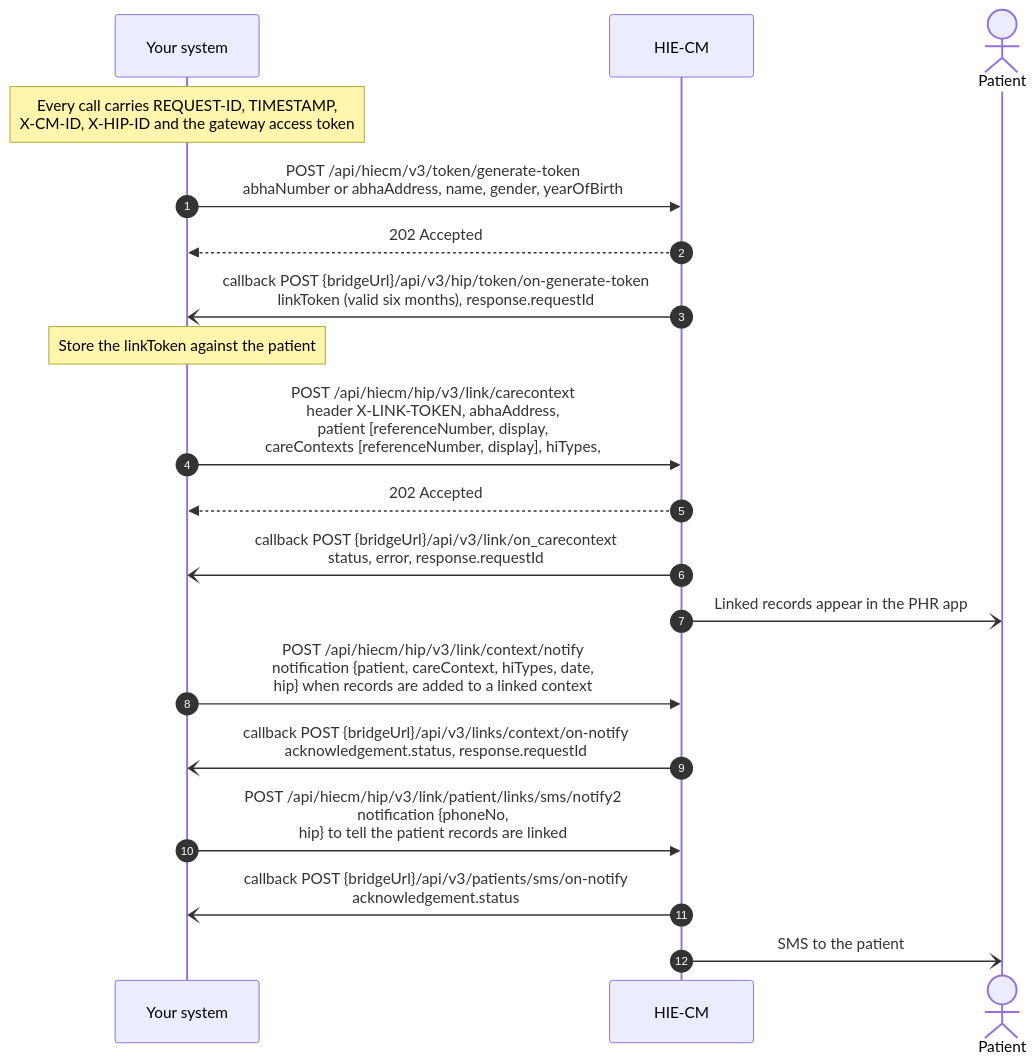
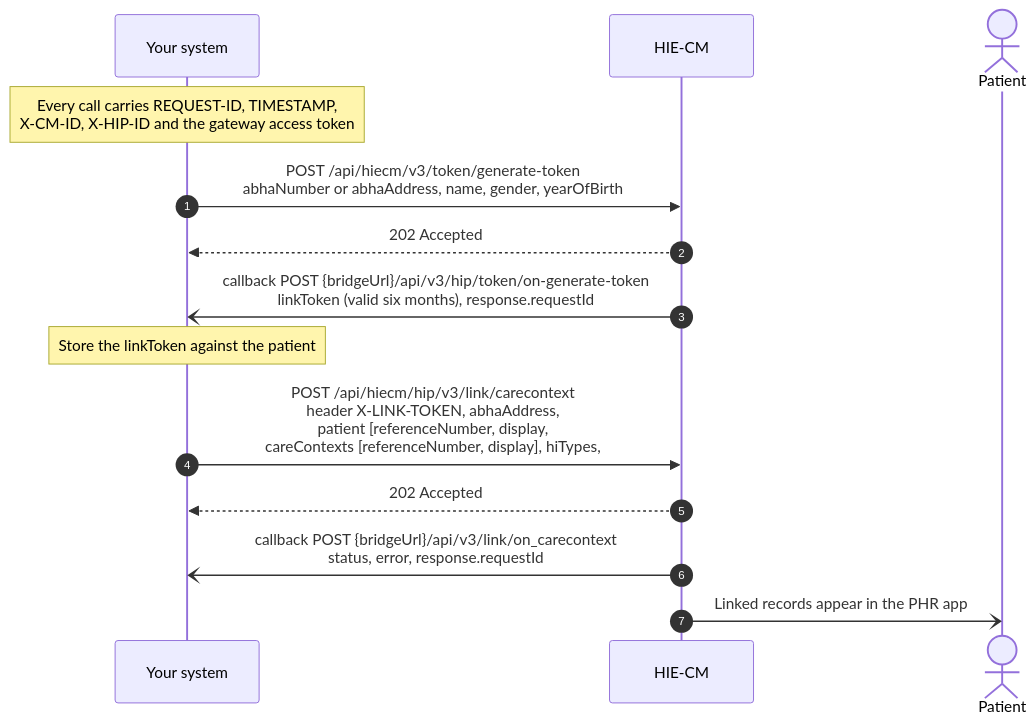
Before and after one commit to nha-in/docs: the first of 3 diagrams in site/docs/hiecm/v3/milestones/m2.mdx, drawn with Mermaid. The commit also changed other lines of this file and 2 other files, not shown here.

First line of the commit message:
docs: care contexts are a core concept and M2 follows the simplified milestone document

````diff
--- a/site/docs/hiecm/v3/milestones/m2.mdx
+++ b/site/docs/hiecm/v3/milestones/m2.mdx
@@ -138,21 +195,16 @@
 ```mermaid
 sequenceDiagram
     autonumber
     participant S as Your system
     participant CM as HIE-CM
     actor P as Patient
     Note over S: Every call carries REQUEST-ID, TIMESTAMP,<br/>X-CM-ID, X-HIP-ID and the gateway access token
     S->>CM: POST /api/hiecm/v3/token/generate-token<br/>abhaNumber or abhaAddress, name, gender, yearOfBirth
     CM-->>S: 202 Accepted
     CM-)S: callback POST {bridgeUrl}/api/v3/hip/token/on-generate-token<br/>linkToken (valid six months), response.requestId
     Note over S: Store the linkToken against the patient
     S->>CM: POST /api/hiecm/hip/v3/link/carecontext<br/>header X-LINK-TOKEN, abhaAddress,<br/>patient [referenceNumber, display,<br/>careContexts [referenceNumber, display], hiTypes,
     CM-->>S: 202 Accepted
     CM-)S: callback POST {bridgeUrl}/api/v3/link/on_carecontext<br/>status, error, response.requestId
     CM-)P: Linked records appear in the PHR app
-    S->>CM: POST /api/hiecm/hip/v3/link/context/notify<br/>notification {patient, careContext, hiTypes, date,<br/>hip} when records are added to a linked context
-    CM-)S: callback POST {bridgeUrl}/api/v3/links/context/on-notify<br/>acknowledgement.status, response.requestId
-    S->>CM: POST /api/hiecm/hip/v3/link/patient/links/sms/notify2<br/>notification {phoneNo,<br/>hip} to tell the patient records are linked
-    CM-)S: callback POST {bridgeUrl}/api/v3/patients/sms/on-notify<br/>acknowledgement.status
-    CM-)P: SMS to the patient
 ```
````
